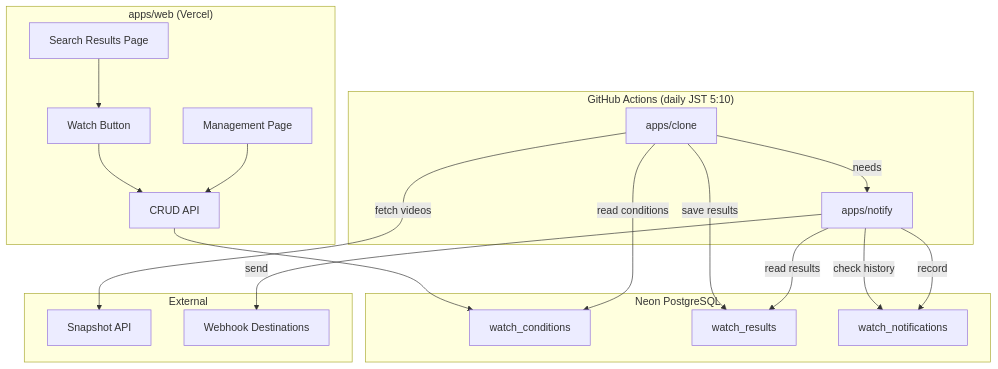
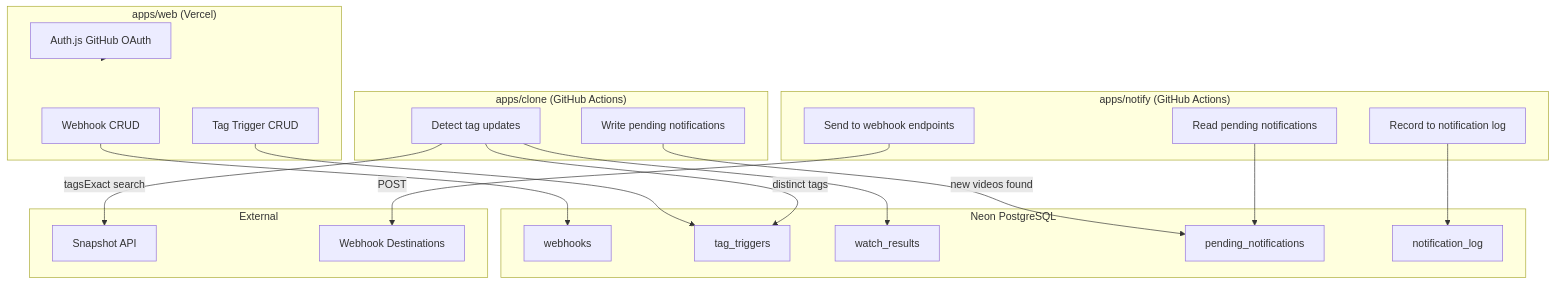
The diagram in docs/superpowers/specs/2026-04-11-watch-webhook-design.md (masseater/nicolens), drawn with Mermaid before and after one commit. The commit also changed other lines of this file, not shown here.

First line of the commit message:
docs: split design into webhook infra + tag trigger

````diff
--- a/docs/superpowers/specs/2026-04-11-watch-webhook-design.md
+++ b/docs/superpowers/specs/2026-04-11-watch-webhook-design.md
@@ -46,39 +127,45 @@
 ```mermaid
 flowchart TB
     subgraph Web["apps/web (Vercel)"]
-        SearchPage[Search Results Page]
-        WatchBtn[Watch Button]
-        WatchAPI[CRUD API]
-        ManagePage[Management Page]
+        Auth[Auth.js GitHub OAuth]
+        WebhookCRUD[Webhook CRUD]
+        TriggerCRUD[Tag Trigger CRUD]
     end
 
-    subgraph GHA["GitHub Actions (daily JST 5:10)"]
-        CloneJob["apps/clone"]
-        NotifyJob["apps/notify"]
+    subgraph Clone["apps/clone (GitHub Actions)"]
+        DetectTags[Detect tag updates]
+        WritePending[Write pending notifications]
+    end
+
+    subgraph Notify["apps/notify (GitHub Actions)"]
+        ReadPending[Read pending notifications]
+        SendWebhook[Send to webhook endpoints]
+        RecordLog[Record to notification log]
     end
 
     subgraph Storage[Neon PostgreSQL]
-        WatchConds[watch_conditions]
+        Webhooks[webhooks]
+        TagTriggers[tag_triggers]
         WatchResults[watch_results]
-        WatchNotifs[watch_notifications]
+        Pending[pending_notifications]
+        Log[notification_log]
     end
 
     subgraph External[External]
         SnapshotAPI[Snapshot API]
-        WebhookDest[Webhook Destinations]
+        Destinations[Webhook Destinations]
     end
 
-    SearchPage --> WatchBtn --> WatchAPI --> WatchConds
-    ManagePage --> WatchAPI
+    Auth --> Web
+    WebhookCRUD --> Webhooks
+    TriggerCRUD --> TagTriggers
 
-    CloneJob -->|read conditions| WatchConds
-    CloneJob -->|fetch videos| SnapshotAPI
-    CloneJob -->|save results| WatchResults
+    DetectTags -->|distinct tags| TagTriggers
+    DetectTags -->|tagsExact search| SnapshotAPI
+    DetectTags --> WatchResults
+    WritePending -->|new videos found| Pending
 
-    NotifyJob -->|read results| WatchResults
-    NotifyJob -->|check history| WatchNotifs
-    NotifyJob -->|send| WebhookDest
-    NotifyJob -->|record| WatchNotifs
-
-    CloneJob -->|needs| NotifyJob
+    ReadPending --> Pending
+    SendWebhook -->|POST| Destinations
+    RecordLog --> Log
 ```
````
